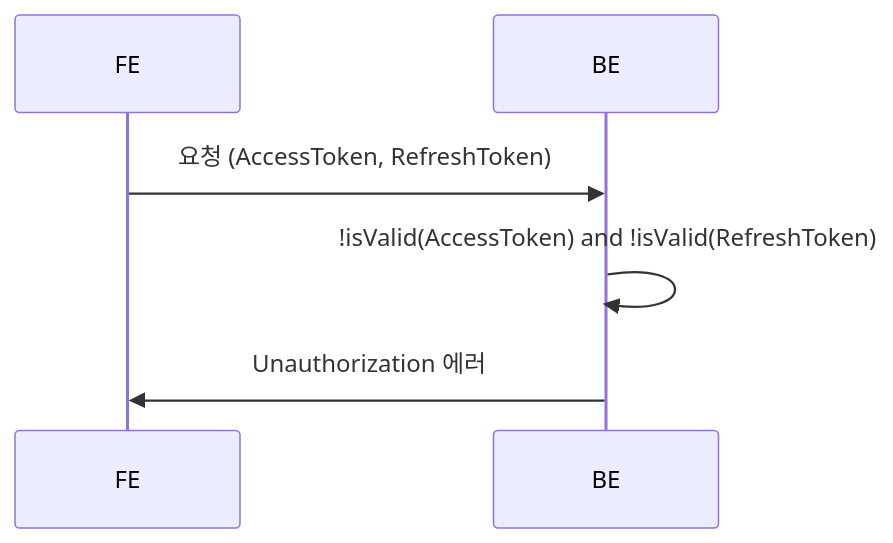
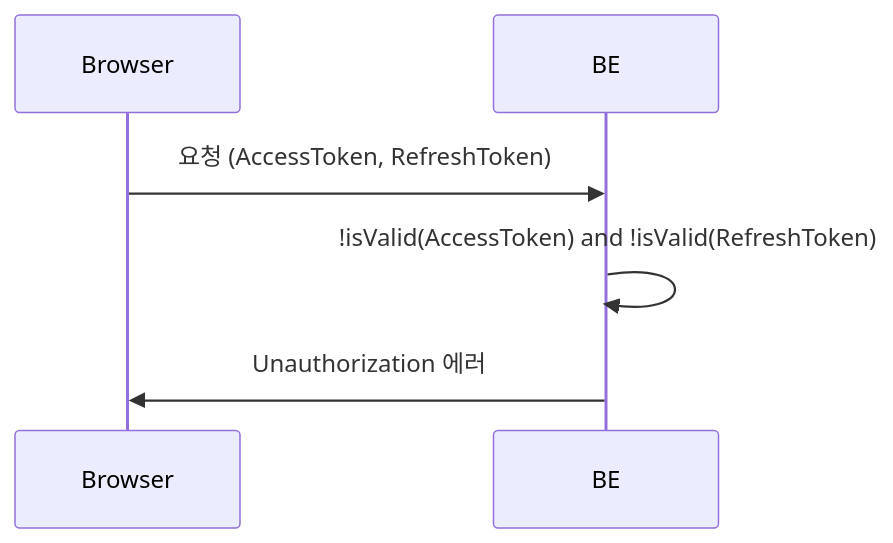
One commit to chueok/sns-style-group-album changed the fourth of 4 diagrams in apps/server/README.md. Above: the diagram before and after it, drawn with Mermaid. The commit also changed other lines of this file and 6 other files, not shown here.

````diff
--- a/apps/server/README.md
+++ b/apps/server/README.md
@@ -54,9 +109,9 @@
 ```mermaid
 sequenceDiagram
-  participant FE
+  participant Browser
   participant BE
 
-  FE ->> BE: 요청 (AccessToken, RefreshToken)
+  Browser ->> BE: 요청 (AccessToken, RefreshToken)
   BE ->> BE: !isValid(AccessToken) and !isValid(RefreshToken)
-  BE ->> FE: Unauthorization 에러
+  BE ->> Browser: Unauthorization 에러
 ```
````
